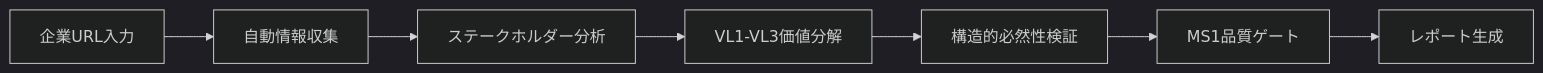
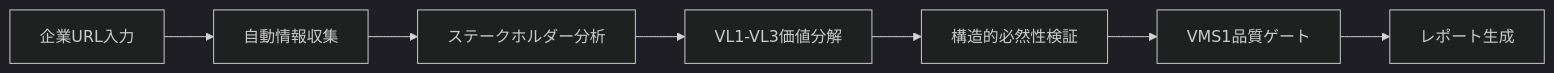
One commit to hmoriya/amplifier-experiment changed the diagram in .claude/commands/parasol/_commands-v5/integrated-execution/quick-start.md. Above: the diagram before and after it, drawn with Mermaid (dark theme). The commit also changed other lines of this file and 42 other files, not shown here.

````diff
--- a/.claude/commands/parasol/_commands-v5/integrated-execution/quick-start.md
+++ b/.claude/commands/parasol/_commands-v5/integrated-execution/quick-start.md
@@ -32,9 +32,9 @@
 ```mermaid
 graph LR
     A[企業URL入力] --> B[自動情報収集]
     B --> C[ステークホルダー分析]
     C --> D[VL1-VL3価値分解]
     D --> E[構造的必然性検証]
-    E --> F[MS1品質ゲート]
+    E --> F[VMS1品質ゲート]
     F --> G[レポート生成]
 ```
````
